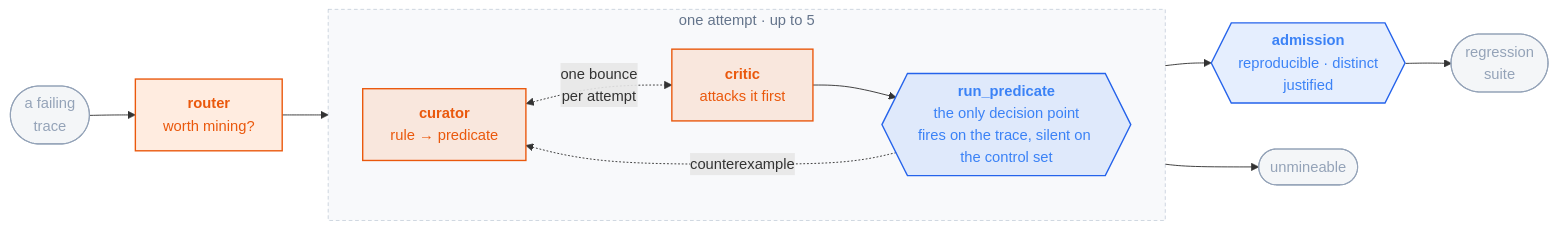
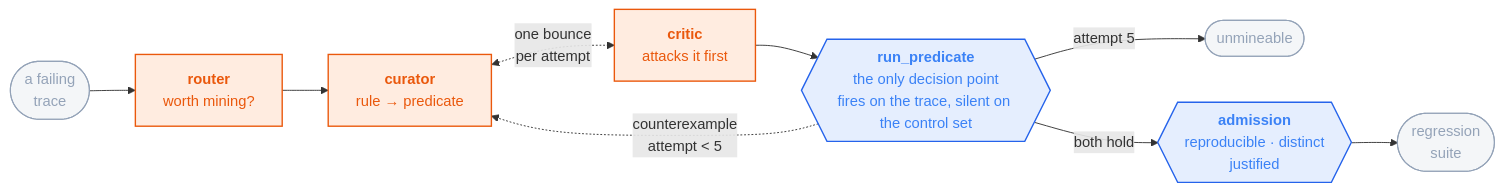
Before and after one commit to sandeepyadav1478/touchstone: the diagram in README.md, drawn with Mermaid. The commit also changed other lines of this file, not shown here.

Commit message:
Drop the attempt box; draw the retry as an edge, like the spec does
run_predicate read as being penned inside a loop. It cannot move
downstream of one — docs/02-gates.md:361, TEST -->|either fails ·
attempt < n| TRANS, makes its failure the thing that starts the next
attempt, so it is the loop's condition rather than its output.

But the containment box was never needed to say that. docs/02-gates.md:353
draws this loop flat, with the retry as a labelled back-edge and no
subgraph anywhere. Doing the same removes "inside the loop" as a visual
claim while keeping the iteration visible.

run_predicate now sits in the chain as its own gate with all three exits
drawn from it: counterexample on attempt < 5, unmineable on attempt 5,
admission when both hold.

````diff
--- a/README.md
+++ b/README.md
@@ -76,24 +76,18 @@
 ```mermaid
 flowchart LR
   T(["a failing<br/>trace"]) --> R["<b>router</b><br/>worth mining?"]
-  R --> CU
-
-  subgraph ATTEMPT[" &nbsp; one attempt · up to 5 &nbsp; "]
-    direction LR
-    CU["<b>curator</b><br/>rule → predicate"] <-. "one bounce<br/>per attempt" .-> CR["<b>critic</b><br/>attacks it first"]
-    CR --> RP{{"<b>run_predicate</b><br/>the only decision point<br/>fires on the trace, silent on the control set"}}
-    RP -. counterexample .-> CU
-  end
-
-  RP --> AD{{"<b>admission</b><br/>reproducible · distinct<br/>justified"}}
-  RP --> U(["unmineable"])
+  R --> CU["<b>curator</b><br/>rule → predicate"]
+  CU <-. "one bounce<br/>per attempt" .-> CR["<b>critic</b><br/>attacks it first"]
+  CR --> RP{{"<b>run_predicate</b><br/>the only decision point<br/>fires on the trace, silent on the control set"}}
+  RP -. "counterexample<br/>attempt &lt; 5" .-> CU
+  RP -->|"attempt 5"| U(["unmineable"])
+  RP -->|"both hold"| AD{{"<b>admission</b><br/>reproducible · distinct<br/>justified"}}
   AD --> S(["regression<br/>suite"])
 
   classDef m fill:#f9731622,stroke:#ea580c,stroke-width:1.5px,color:#ea580c
   classDef d fill:#3b82f622,stroke:#2563eb,stroke-width:1.5px,color:#3b82f6
   classDef io fill:#94a3b81a,stroke:#94a3b8,stroke-width:1.2px,color:#94a3b8
   class R,CU,CR m
   class RP,AD d
   class T,S,U io
-  style ATTEMPT fill:#94a3b810,stroke:#94a3b877,stroke-dasharray:4 3,color:#64748b
 ```
````
